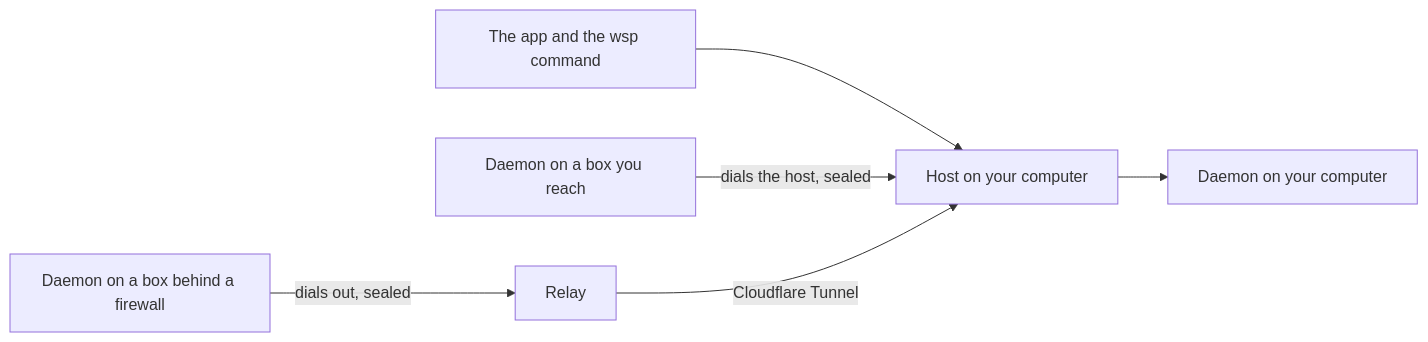
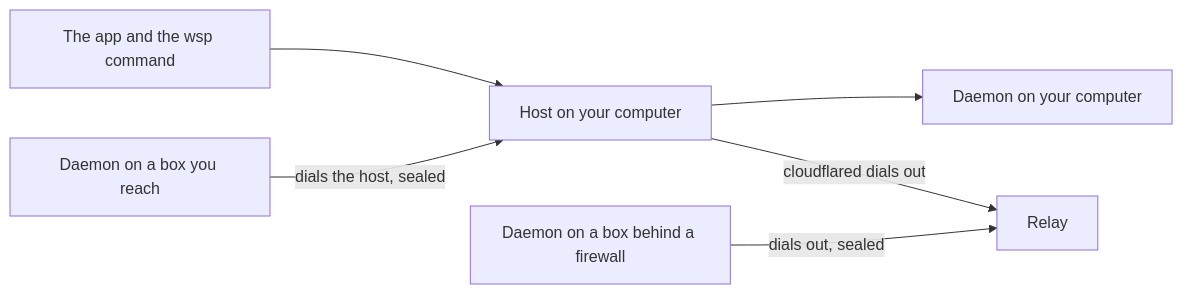
Before and after one commit to wsp-labs/wsp: the diagram in apps/docs-next/content/how/overview.mdx, drawn with Mermaid. The commit also changed other lines of this file and 12 other files, not shown here.

````diff
--- a/apps/docs-next/content/how/overview.mdx
+++ b/apps/docs-next/content/how/overview.mdx
@@ -5,8 +5,8 @@
 ```mermaid
 flowchart LR
   app["The app and the wsp command"] --> host["Host on your computer"]
   host --> d0["Daemon on your computer"]
   d1["Daemon on a box you reach"] -- "dials the host, sealed" --> host
   d2["Daemon on a box behind a firewall"] -- "dials out, sealed" --> relay["Relay"]
-  relay -- "Cloudflare Tunnel" --> host
+  host -- "cloudflared dials out" --> relay
 ```
````
